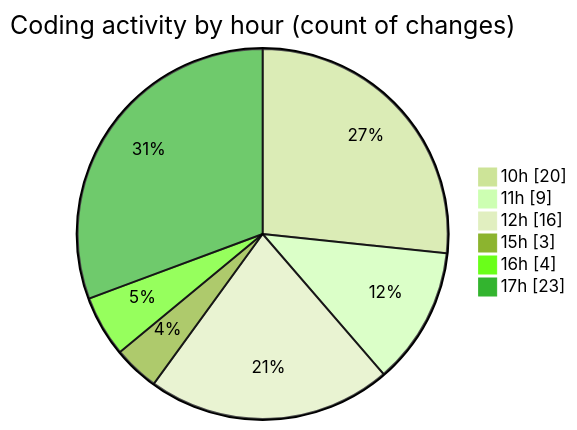
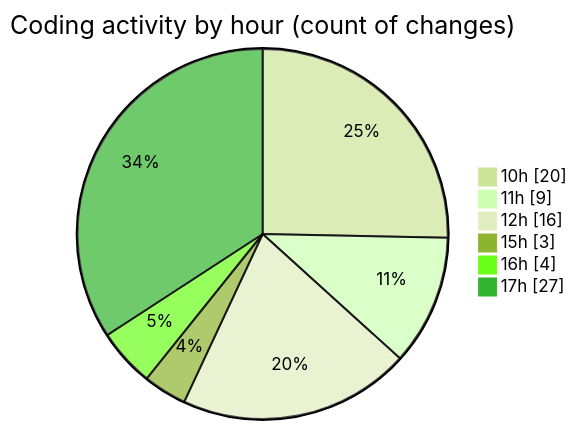
One commit to nxtqubesakshisongat/code-tracking changed the second of 2 diagrams in 2026-02-20/nxtqube_webapp/README.md. Above: the diagram before and after it, drawn with Mermaid (forest theme). The commit also changed other lines of this file and 1 other file, not shown here.

````diff
--- a/2026-02-20/nxtqube_webapp/README.md
+++ b/2026-02-20/nxtqube_webapp/README.md
@@ -41,10 +41,10 @@
 ```mermaid
 pie showData
 title Coding activity by hour (count of changes)
 "10h" : 20
 "11h" : 9
 "12h" : 16
 "15h" : 3
 "16h" : 4
-"17h" : 23
+"17h" : 27
 ```
````
